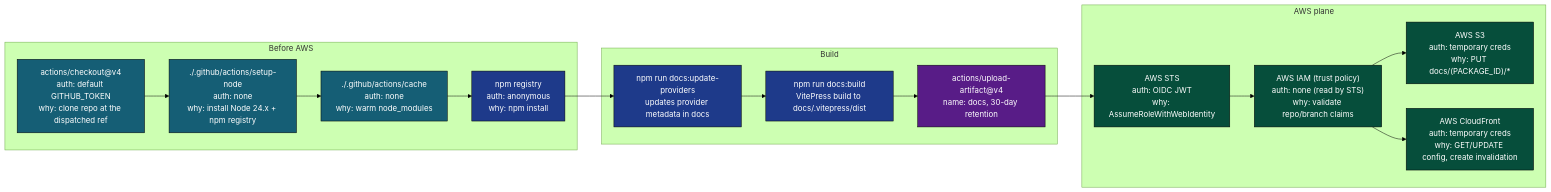
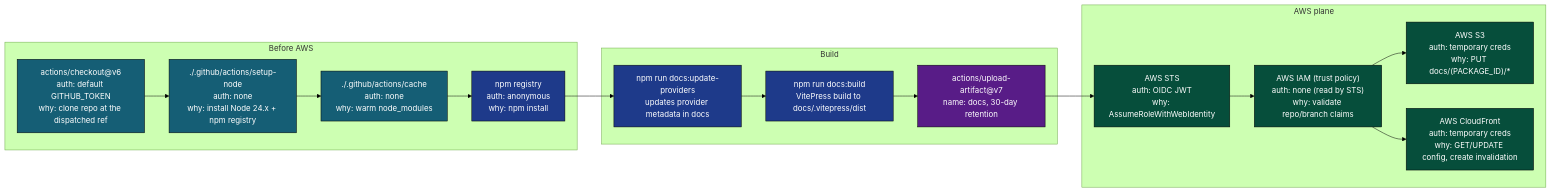
Before and after one commit to llm-exe/llm-exe: the eighth of 13 diagrams in .github/docs/DEPLOY_DOCS_DEEP_DIVE.md, drawn with Mermaid (forest theme). The commit also changed other lines of this file and 19 other files, not shown here.

First line of the commit message:
Update GitHub Actions to use latest versions of create-github-app-token and checkout actions

````diff
--- a/.github/docs/DEPLOY_DOCS_DEEP_DIVE.md
+++ b/.github/docs/DEPLOY_DOCS_DEEP_DIVE.md
@@ -320,32 +320,32 @@
 ```mermaid
 flowchart LR
     classDef pre fill:#155e75,color:#fff,stroke:#000
     classDef build fill:#1e3a8a,color:#fff,stroke:#000
     classDef aws fill:#064e3b,color:#fff,stroke:#000
     classDef art fill:#581c87,color:#fff,stroke:#000
 
     subgraph Pre["Before AWS"]
-        c1["actions/checkout@v4\nauth: default GITHUB_TOKEN\nwhy: clone repo at the dispatched ref"]:::pre
+        c1["actions/checkout@v6\nauth: default GITHUB_TOKEN\nwhy: clone repo at the dispatched ref"]:::pre
         c2["./.github/actions/setup-node\nauth: none\nwhy: install Node 24.x + npm registry"]:::pre
         c3["./.github/actions/cache\nauth: none\nwhy: warm node_modules"]:::pre
         c4["npm registry\nauth: anonymous\nwhy: npm install"]:::build
     end
 
     subgraph Build["Build"]
         b1["npm run docs:update-providers\nupdates provider metadata in docs"]:::build
         b2["npm run docs:build\nVitePress build to docs/.vitepress/dist"]:::build
-        b3["actions/upload-artifact@v4\nname: docs, 30-day retention"]:::art
+        b3["actions/upload-artifact@v7\nname: docs, 30-day retention"]:::art
     end
 
     subgraph AWS["AWS plane"]
         a1["AWS STS\nauth: OIDC JWT\nwhy: AssumeRoleWithWebIdentity"]:::aws
         a2["AWS IAM (trust policy)\nauth: none (read by STS)\nwhy: validate repo/branch claims"]:::aws
         a3["AWS S3\nauth: temporary creds\nwhy: PUT docs/(PACKAGE_ID)/*"]:::aws
         a4["AWS CloudFront\nauth: temporary creds\nwhy: GET/UPDATE config, create invalidation"]:::aws
     end
 
     c1 --> c2 --> c3 --> c4 --> b1 --> b2 --> b3
     b3 --> a1
     a1 --> a2 --> a3
     a2 --> a4
 ```
````
